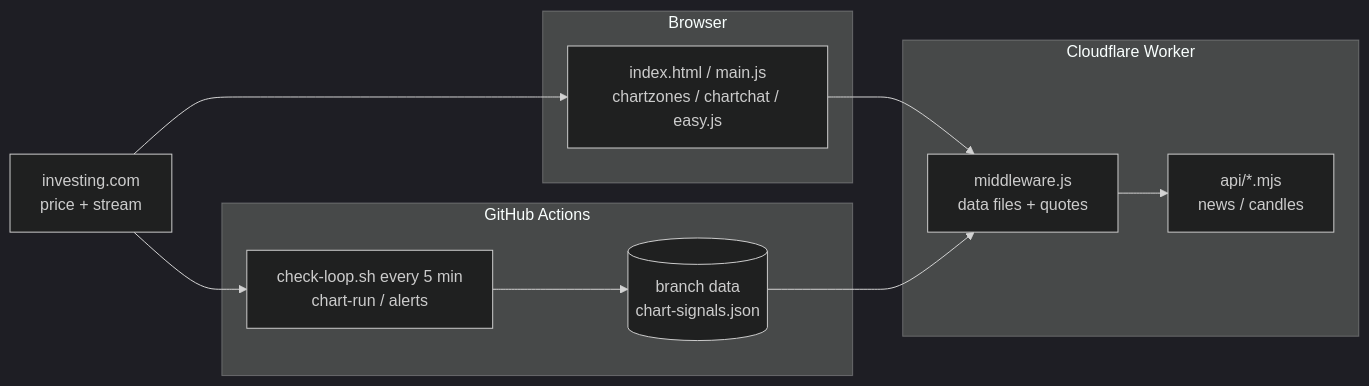
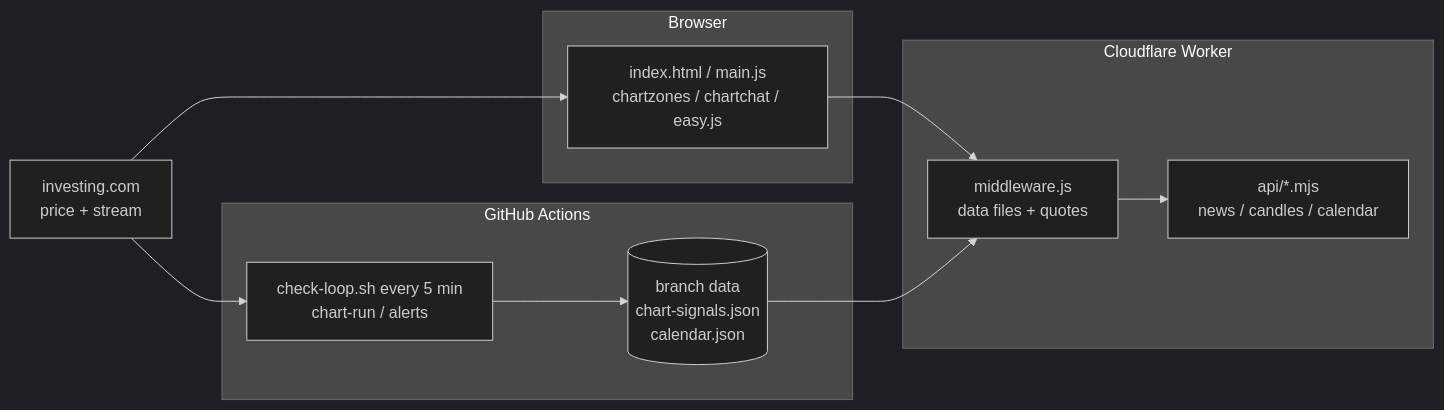
The diagram in README.md (tanakrthum254614-max/gold-signal), drawn with Mermaid (dark theme) before and after one commit. The commit also changed other lines of this file and 1 other file, not shown here.

Commit message:
README + Skill.md: US economic calendar now from ForexFactory + Myfxbook

````diff
--- a/README.md
+++ b/README.md
@@ -44,21 +44,21 @@
 ```mermaid
 flowchart LR
   INV["investing.com<br/>price + stream"]
   subgraph B["Browser"]
     UI["index.html / main.js<br/>chartzones / chartchat / easy.js"]
   end
   subgraph V["Cloudflare Worker"]
     MW["middleware.js<br/>data files + quotes"]
-    API["api/*.mjs<br/>news / candles"]
+    API["api/*.mjs<br/>news / candles / calendar"]
   end
   subgraph G["GitHub Actions"]
     LOOP["check-loop.sh every 5 min<br/>chart-run / alerts"]
-    DATA[("branch data<br/>chart-signals.json")]
+    DATA[("branch data<br/>chart-signals.json<br/>calendar.json")]
   end
   INV --> UI
   INV --> LOOP
   UI --> MW
   MW --> API
   LOOP --> DATA
   DATA --> MW
 ```
````
